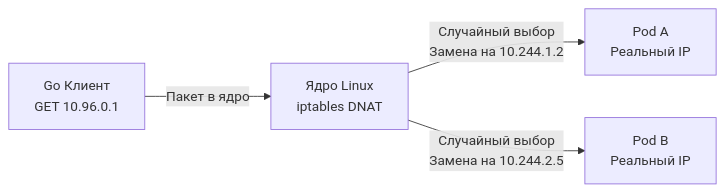
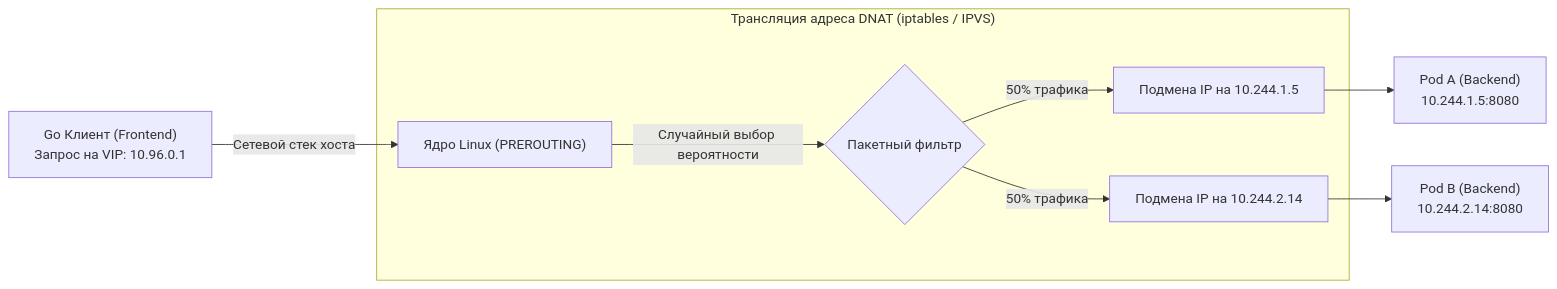
The third of 4 diagrams in sources/14. Распределенные системы на Go/07. Kubernetes и деплой/3. Pod, Deployment, Service.md (UnrealTemplier/go-textbook), drawn with Mermaid before and after one commit. The commit also changed other lines of this file, not shown here.

Commit message:
feat(module-14): editorial rewrite of lecture 3 (Pod, Deployment, Service) in Subsection 7 in Kernighan style

````diff
--- a/sources/14. Распределенные системы на Go/07. Kubernetes и деплой/3. Pod, Deployment, Service.md
+++ b/sources/14. Распределенные системы на Go/07. Kubernetes и деплой/3. Pod, Deployment, Service.md
@@ -87,6 +126,13 @@
 ```mermaid
 flowchart LR
-    Client["Go Клиент<br>GET 10.96.0.1"] -->|"Пакет в ядро"| Iptables["Ядро Linux<br>iptables DNAT"]
-    Iptables -->|"Случайный выбор<br>Замена на 10.244.1.2"| Pod1["Pod A<br>Реальный IP"]
-    Iptables -->|"Случайный выбор<br>Замена на 10.244.2.5"| Pod2["Pod B<br>Реальный IP"]
+    Client["Go Клиент (Frontend)<br>Запрос на VIP: 10.96.0.1"] -->|"Сетевой стек хоста"| Kernel["Ядро Linux (PREROUTING)"]
+    
+    subgraph DNAT ["Трансляция адреса DNAT (iptables / IPVS)"]
+        Kernel -->|"Случайный выбор вероятности"| Rule{"Пакетный фильтр"}
+        Rule -->|"50% трафика"| Target1["Подмена IP на 10.244.1.5"]
+        Rule -->|"50% трафика"| Target2["Подмена IP на 10.244.2.14"]
+    end
+    
+    Target1 --> PodA["Pod A (Backend)<br>10.244.1.5:8080"]
+    Target2 --> PodB["Pod B (Backend)<br>10.244.2.14:8080"]
 ```
````
